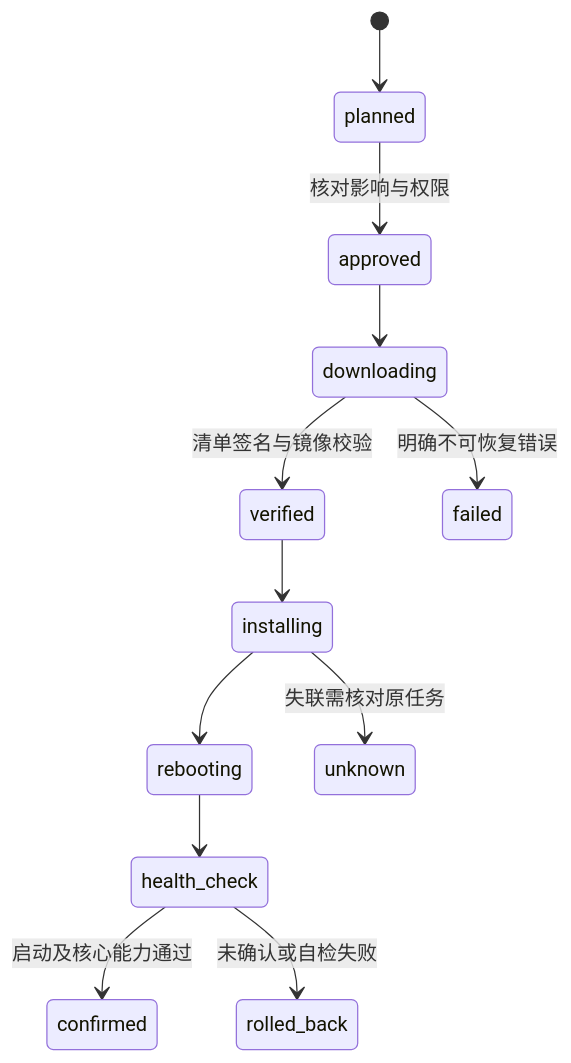
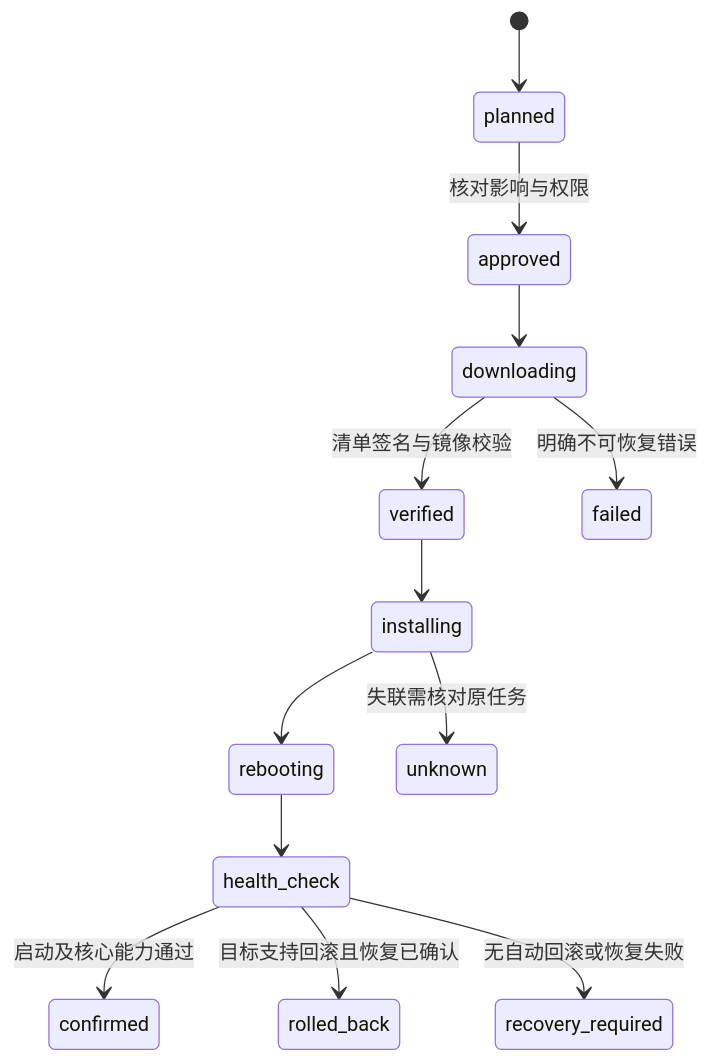
Before and after one commit to limecloud/iot: the diagram in docs/13-OTA与制品交付规范.md, drawn with Mermaid. The commit also changed other lines of this file and 550 other files, not shown here.

````diff
--- a/docs/13-OTA与制品交付规范.md
+++ b/docs/13-OTA与制品交付规范.md
@@ -27,14 +39,15 @@
 ```mermaid
 stateDiagram-v2
   [*] --> planned
   planned --> approved: 核对影响与权限
   approved --> downloading
   downloading --> verified: 清单签名与镜像校验
   verified --> installing
   installing --> rebooting
   rebooting --> health_check
   health_check --> confirmed: 启动及核心能力通过
-  health_check --> rolled_back: 未确认或自检失败
+  health_check --> rolled_back: 目标支持回滚且恢复已确认
+  health_check --> recovery_required: 无自动回滚或恢复失败
   downloading --> failed: 明确不可恢复错误
   installing --> unknown: 失联需核对原任务
 ```
````
